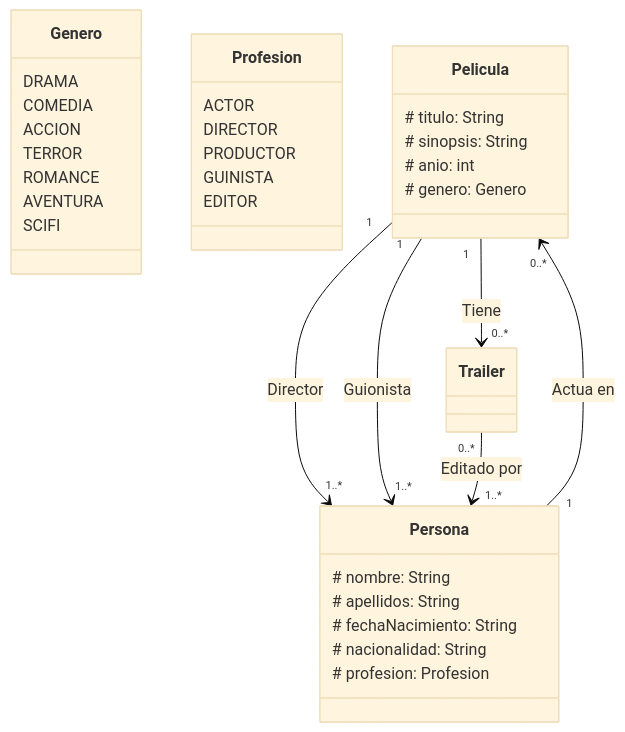
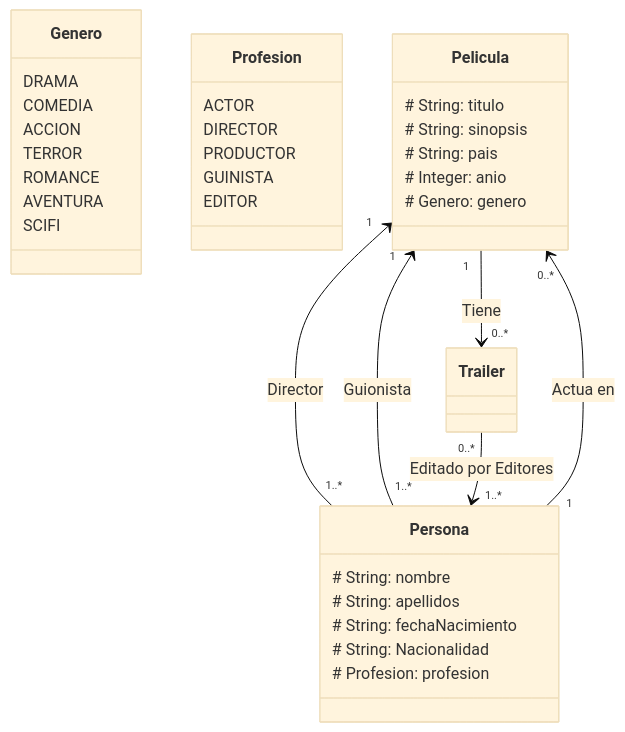
One commit to AngelRagel05/Angel-1DAW changed the diagram in EEDD/PracticaUML/Ejer_2.md. Above: the diagram before and after it, drawn with Mermaid (base theme). The commit also changed 6 other files, not shown here.

````diff
--- a/EEDD/PracticaUML/Ejer_2.md
+++ b/EEDD/PracticaUML/Ejer_2.md
@@ -1,43 +1,44 @@
 ```mermaid
     classDiagram
 
     class Genero {
         DRAMA
         COMEDIA
         ACCION
         TERROR
         ROMANCE
         AVENTURA
         SCIFI
     }
 
     class Profesion {
         ACTOR
         DIRECTOR
         PRODUCTOR
         GUINISTA
         EDITOR
     }
 
     class Pelicula {
-        # titulo: String
-        # sinopsis: String
-        # anio: int
-        # genero: Genero
+        # String: titulo
+        # String: sinopsis
+        # String: pais
+        # Integer: anio
+        # Genero: genero
     }
 
     class Persona {
-        # nombre: String
-        # apellidos: String
-        # fechaNacimiento: String
-        # nacionalidad: String
-        # profesion: Profesion
+        # String: nombre
+        # String: apellidos
+        # String: fechaNacimiento
+        # String: Nacionalidad
+        # Profesion: profesion
     }
 
     Persona "1" --> "0..*" Pelicula: Actua en
-    Pelicula "1" --> "1..*" Persona: Director
-    Pelicula "1" --> "1..*" Persona: Guionista
+    Pelicula "1" <-- "1..*" Persona: Director
+    Pelicula "1" <-- "1..*" Persona: Guionista
     Pelicula "1" --> "0..*" Trailer: Tiene
-    Trailer "0..*" --> "1..*" Persona: Editado por
+    Trailer "0..*" --> "1..*" Persona: Editado por Editores
 
 ```
````
